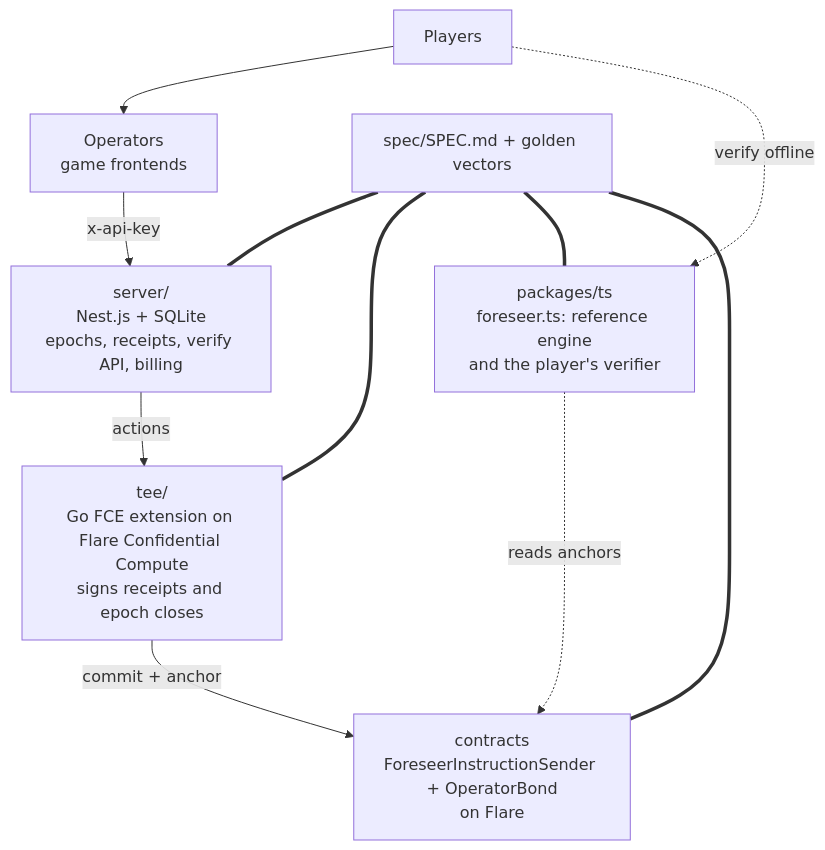
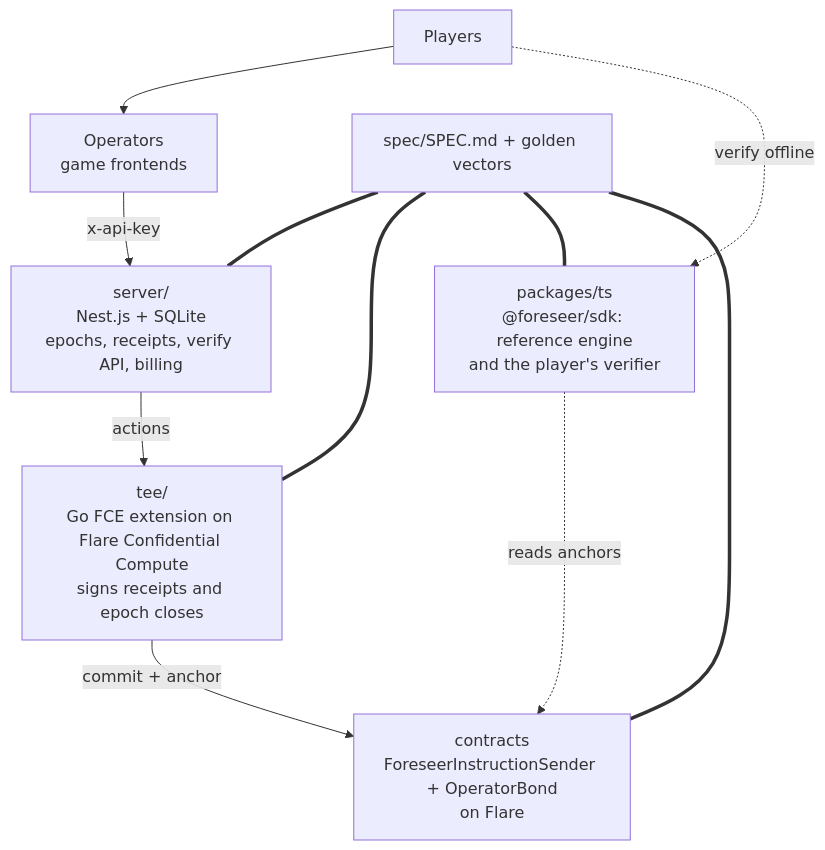
The diagram in docs/content/architecture.mdx (oynozan/foreseer), drawn with Mermaid before and after one commit. The commit also changed other lines of this file and 30 other files, not shown here.

Commit message:
feat: adopt @foreseer/sdk name across server, docs, spec prose, sdk docs restructure

````diff
--- a/docs/content/architecture.mdx
+++ b/docs/content/architecture.mdx
@@ -6,13 +6,13 @@
 ```mermaid
 flowchart TB
     P["Players"] --> O["Operators<br/>game frontends"]
     O -->|"x-api-key"| S["server/<br/>Nest.js + SQLite<br/>epochs, receipts, verify API, billing"]
     S -->|"actions"| T["tee/<br/>Go FCE extension on Flare Confidential Compute<br/>signs receipts and epoch closes"]
     T -->|"commit + anchor"| C["contracts<br/>ForeseerInstructionSender + OperatorBond<br/>on Flare"]
-    P -.->|"verify offline"| L["packages/ts<br/>foreseer.ts: reference engine<br/>and the player's verifier"]
+    P -.->|"verify offline"| L["packages/ts<br/>@foreseer/sdk: reference engine<br/>and the player's verifier"]
     L -.->|"reads anchors"| C
     SPEC["spec/SPEC.md + golden vectors"] === S
     SPEC === T
     SPEC === L
     SPEC === C
 ```
````
